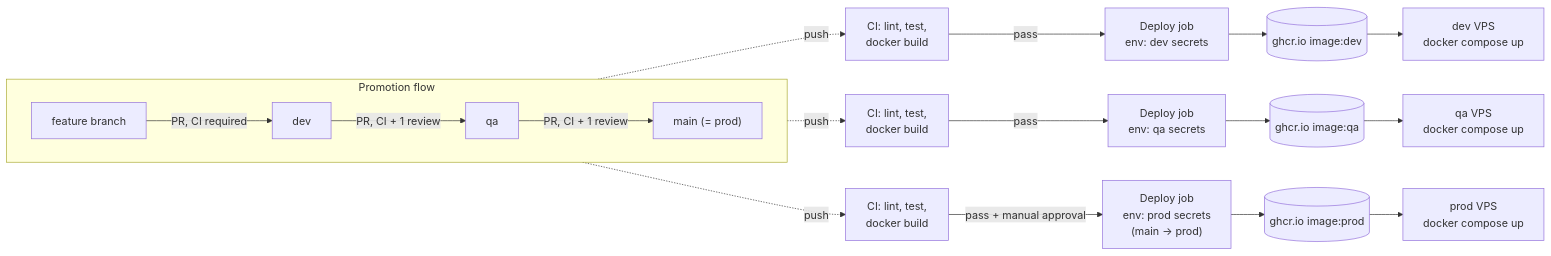
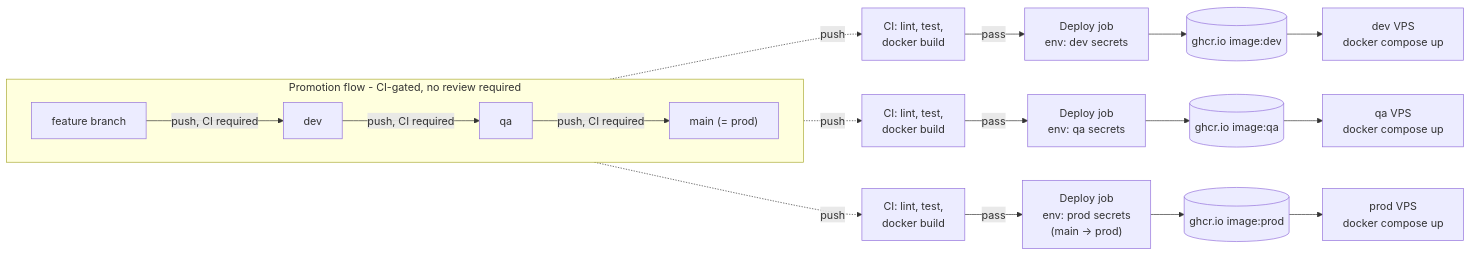
Before and after one commit to SByteForge/llmtexttosql: the third of 3 diagrams in docs/ARCHITECTURE.md, drawn with Mermaid. The commit also changed other lines of this file and 2 other files, not shown here.

First line of the commit message:
Remove PR review / manual approval gates from the pipeline

````diff
--- a/docs/ARCHITECTURE.md
+++ b/docs/ARCHITECTURE.md
@@ -92,25 +92,25 @@
 ```mermaid
 flowchart LR
-    subgraph promote["Promotion flow"]
+    subgraph promote["Promotion flow - CI-gated, no review required"]
         direction LR
-        Feature["feature branch"] -->|PR, CI required| Dev["dev"]
-        Dev -->|PR, CI + 1 review| QA["qa"]
-        QA -->|PR, CI + 1 review| Main["main (= prod)"]
+        Feature["feature branch"] -->|push, CI required| Dev["dev"]
+        Dev -->|push, CI required| QA["qa"]
+        QA -->|push, CI required| Main["main (= prod)"]
     end
 
     Dev -.push.-> CID["CI: lint, test,\ndocker build"]
     QA -.push.-> CIQ["CI: lint, test,\ndocker build"]
     Main -.push.-> CIP["CI: lint, test,\ndocker build"]
 
     CID -->|pass| DeployD["Deploy job\nenv: dev secrets"]
     CIQ -->|pass| DeployQ["Deploy job\nenv: qa secrets"]
-    CIP -->|pass + manual approval| DeployP["Deploy job\nenv: prod secrets\n(main -> prod)"]
+    CIP -->|pass| DeployP["Deploy job\nenv: prod secrets\n(main -> prod)"]
 
     DeployD --> GHCR[("ghcr.io image:dev")]
     DeployQ --> GHCR2[("ghcr.io image:qa")]
     DeployP --> GHCR3[("ghcr.io image:prod")]
 
     GHCR --> VPSD["dev VPS\ndocker compose up"]
     GHCR2 --> VPSQ["qa VPS\ndocker compose up"]
     GHCR3 --> VPSP["prod VPS\ndocker compose up"]
 ```
````
